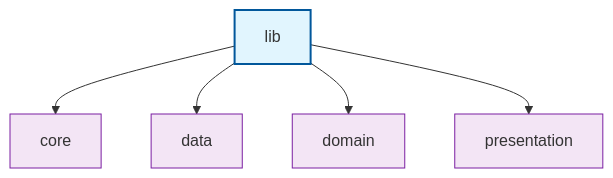
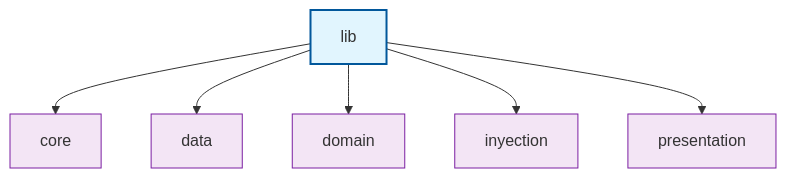
One commit to ManuelPavonBuendia/AppEntradas changed the second of 5 diagrams in README.md. Above: the diagram before and after it, drawn with Mermaid.

Commit message:
readme actualizado

````diff
--- a/README.md
+++ b/README.md
@@ -39,14 +39,16 @@
 ```mermaid
 graph TD
     lib[lib]
     lib --> core
     lib --> data
     lib --> domain
+    lib --> inyection
     lib --> presentation
 
     style lib fill:#e1f5fe,stroke:#01579b,stroke-width:2px
     style core fill:#f3e5f5,stroke:#7b1fa2
     style data fill:#f3e5f5,stroke:#7b1fa2
     style domain fill:#f3e5f5,stroke:#7b1fa2
+    style inyection fill:#f3e5f5,stroke:#7b1fa2
     style presentation fill:#f3e5f5,stroke:#7b1fa2
 ```
````
